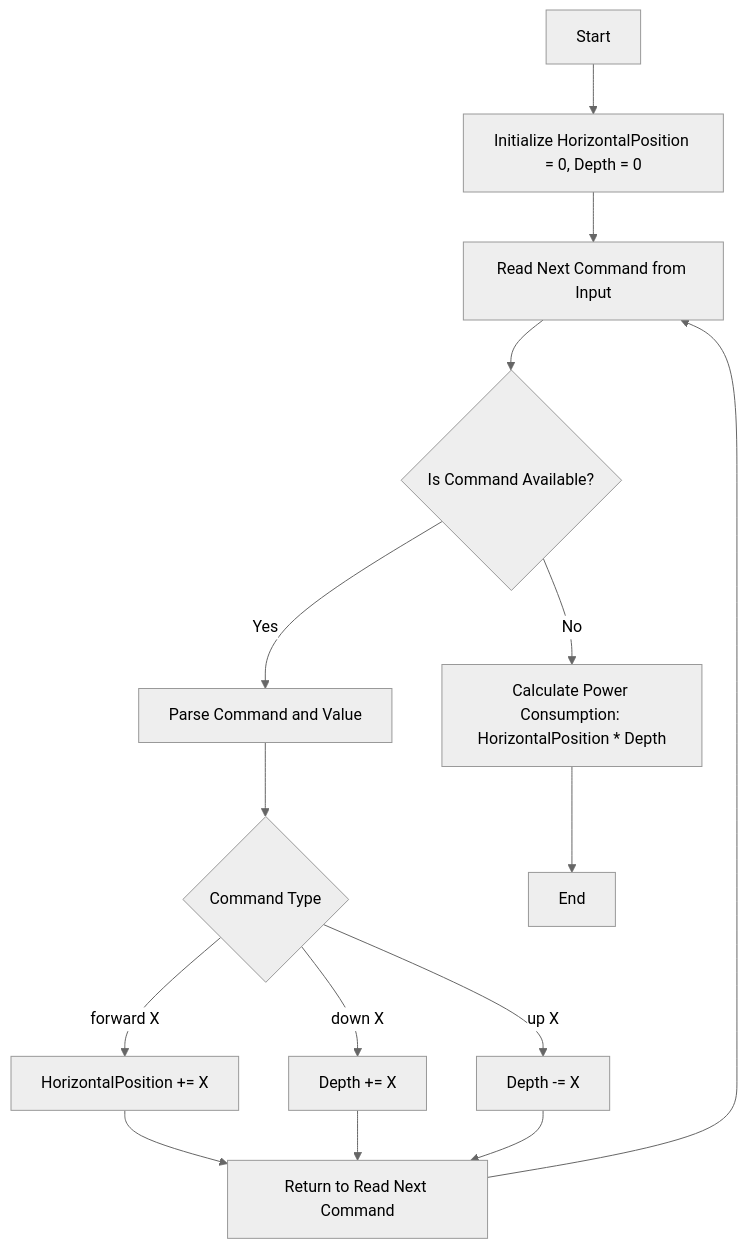
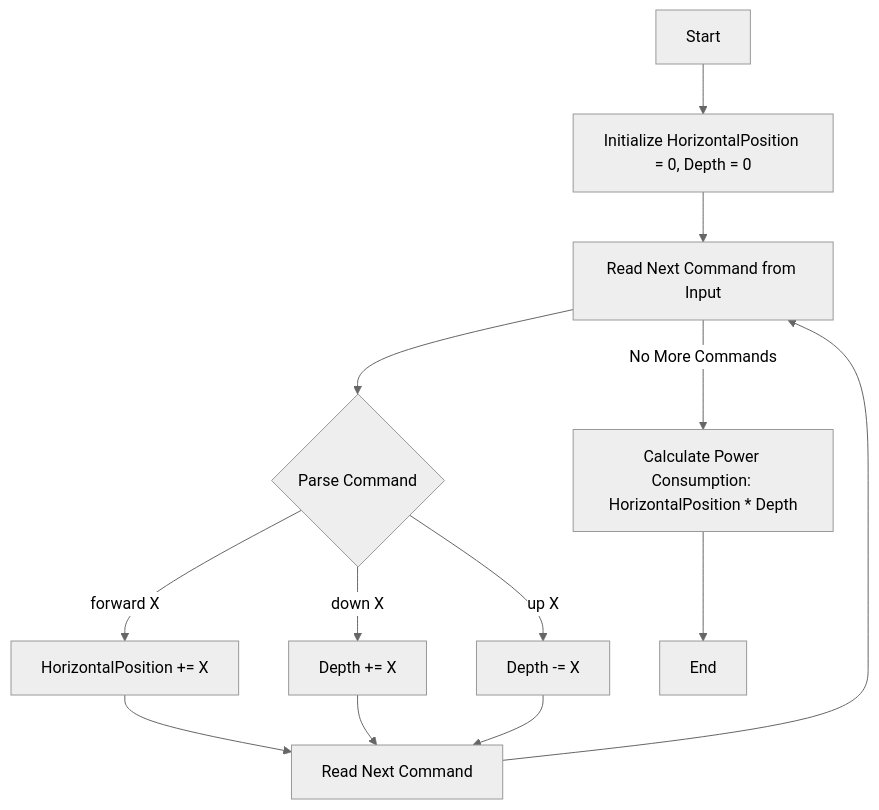
The diagram in coordinates-dive/README.md (aztfmods/go-advents), drawn with Mermaid (neutral theme) before and after one commit.

Commit message:
add another one

````diff
--- a/coordinates-dive/README.md
+++ b/coordinates-dive/README.md
@@ -1,17 +1,15 @@
 ```mermaid
 graph TD
     A[Start] --> B[Initialize HorizontalPosition = 0, Depth = 0]
     B --> C[Read Next Command from Input]
-    C --> D{Is Command Available?}
-    D -->|Yes| E[Parse Command and Value]
-    E --> F{Command Type}
-    F -->|forward X| G[HorizontalPosition += X]
-    F -->|down X| H[Depth += X]
-    F -->|up X| I[Depth -= X]
-    G --> J[Return to Read Next Command]
-    H --> J
-    I --> J
-    J --> C
-    D -->|No| K[Calculate Power Consumption: HorizontalPosition * Depth]
+    C -->|No More Commands| K[Calculate Power Consumption: HorizontalPosition * Depth]
+    C --> D{Parse Command}
+    D -->|forward X| E[HorizontalPosition += X]
+    D -->|down X| F[Depth += X]
+    D -->|up X| G[Depth -= X]
+    E --> H[Read Next Command]
+    F --> H
+    G --> H
+    H --> C
     K --> L[End]
 ```
````
